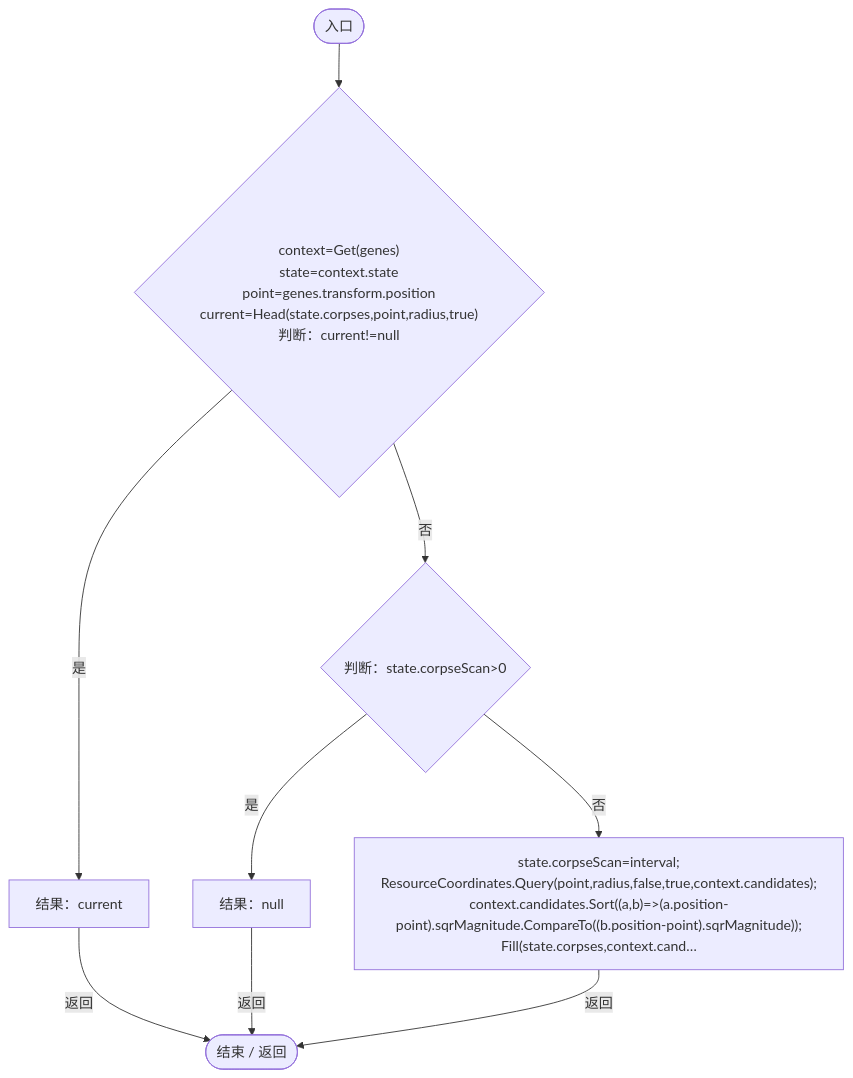
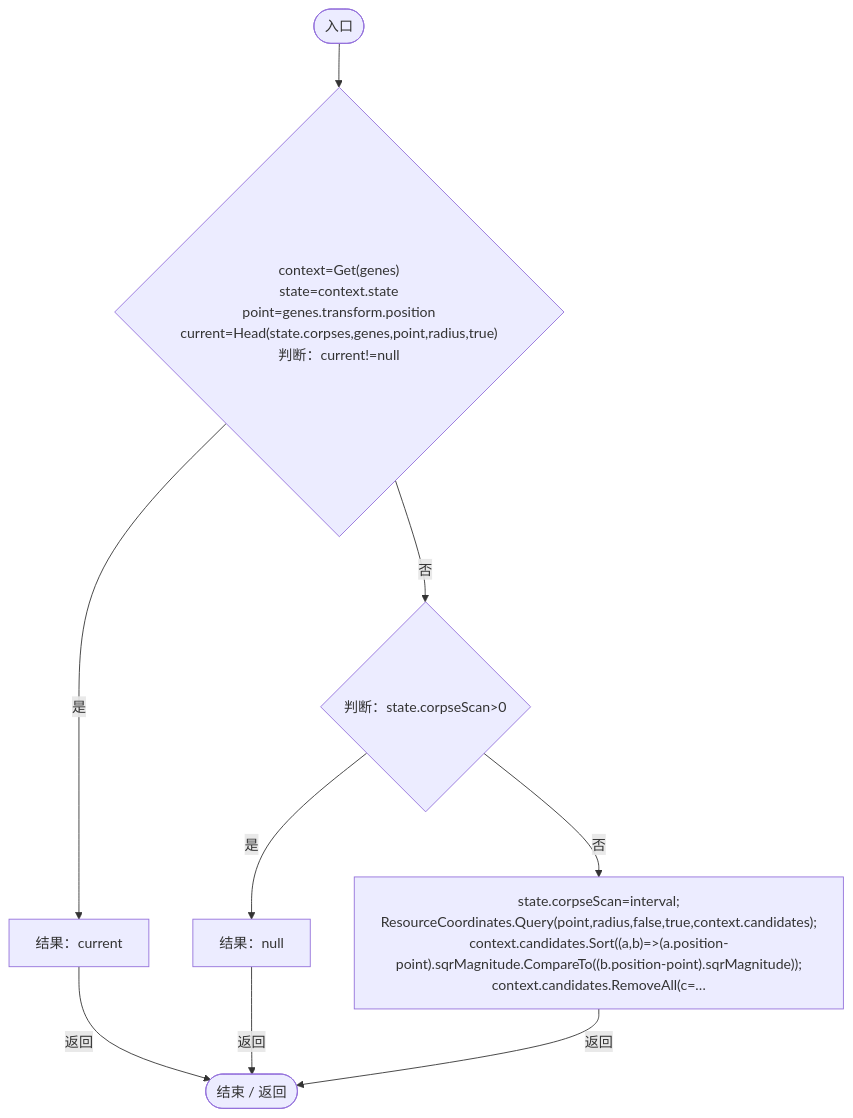
Before and after one commit to xhs6666/Darwin_paradise: diagram 12 of 23 in Docs/运行流程图/脚本/569e8e31d0634370.md, drawn with Mermaid. The commit also changed other lines of this file and 229 other files, not shown here.

````diff
--- a/Docs/运行流程图/脚本/569e8e31d0634370.md
+++ b/Docs/运行流程图/脚本/569e8e31d0634370.md
@@ -374,19 +408,19 @@
 ```mermaid
 flowchart TD
   b0(["入口"])
-  b1{"context=Get(genes)<br/>state=context.state<br/>point=genes.transform.position<br/>current=Head(state.corpses,point,radius,true)<br/>判断：current!=null"}
+  b1{"context=Get(genes)<br/>state=context.state<br/>point=genes.transform.position<br/>current=Head(state.corpses,genes,point,radius,true)<br/>判断：current!=null"}
   b2["结果：current"]
   b3{"判断：state.corpseScan&gt;0"}
   b4["结果：null"]
-  b5["state.corpseScan=interval;<br/>ResourceCoordinates.Query(point,radius,false,true,context.candidates);<br/>context.candidates.Sort((a,b)=&gt;(a.position-point).sqrMagnitude.CompareTo((b.position-point).sqrMagnitude));<br/>Fill(state.corpses,context.cand…"]
+  b5["state.corpseScan=interval;<br/>ResourceCoordinates.Query(point,radius,false,true,context.candidates);<br/>context.candidates.Sort((a,b)=&gt;(a.position-point).sqrMagnitude.CompareTo((b.position-point).sqrMagnitude));<br/>context.candidates.RemoveAll(c=…"]
   b6(["结束 / 返回"])
   b0 --> b1
   b1 -->|"是"| b2
   b1 -->|"否"| b3
   b2 -->|"返回"| b6
   b3 -->|"是"| b4
   b3 -->|"否"| b5
   b4 -->|"返回"| b6
   b5 -->|"返回"| b6
 
 ```
````
